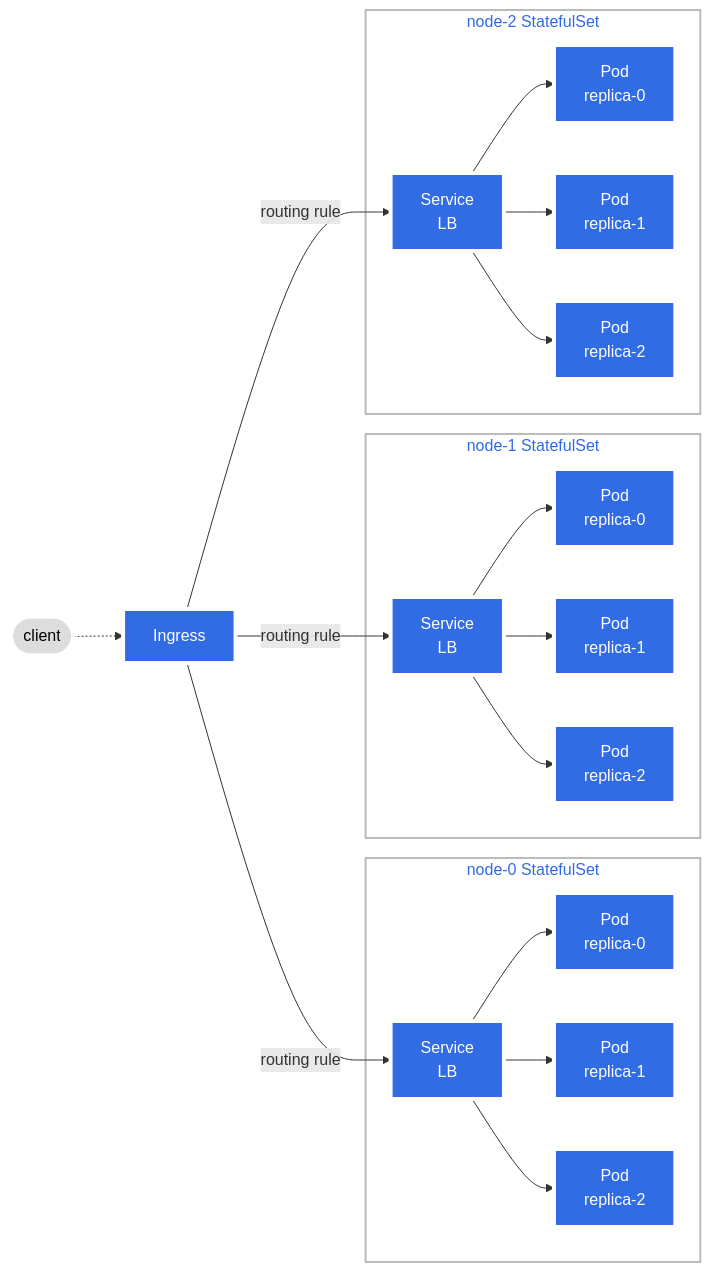
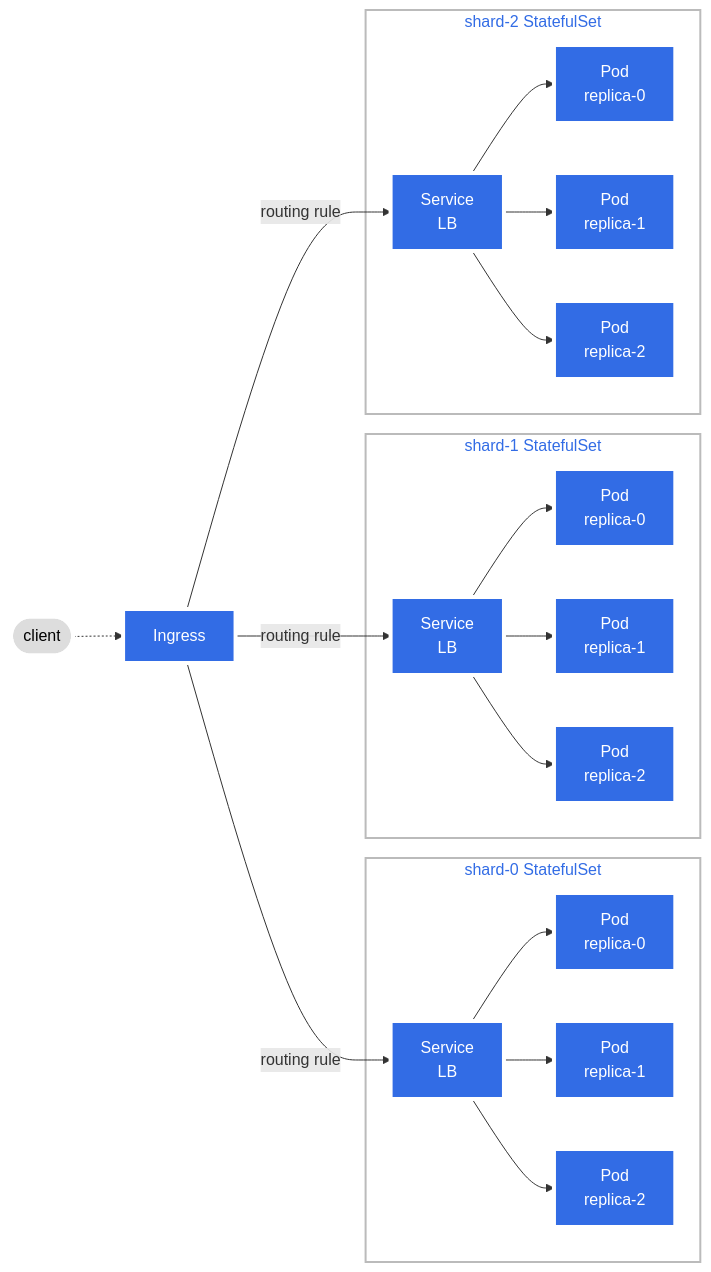
One commit to CaptainIRS/sharded-kvs changed the diagram in README.md. Above: the diagram before and after it, drawn with Mermaid. The commit also changed other lines of this file and 82 other files, not shown here.

````diff
--- a/README.md
+++ b/README.md
@@ -89,28 +89,28 @@
 ```mermaid
 graph LR;
  client([client]).->ingress[Ingress];
  ingress-->|routing rule|service0[Service<br>LB];
  ingress-->|routing rule|service1[Service<br>LB];
  ingress-->|routing rule|service2[Service<br>LB];
- subgraph node0[node-0 StatefulSet]
+ subgraph shard0[shard-0 StatefulSet]
  service0-->pod00[Pod<br>replica-0];
  service0-->pod01[Pod<br>replica-1];
  service0-->pod02[Pod<br>replica-2];
  end
- subgraph node1[node-1 StatefulSet]
+ subgraph shard1[shard-1 StatefulSet]
  service1-->pod10[Pod<br>replica-0];
  service1-->pod11[Pod<br>replica-1];
  service1-->pod12[Pod<br>replica-2];
  end
- subgraph node2[node-2 StatefulSet]
+ subgraph shard2[shard-2 StatefulSet]
  service2-->pod20[Pod<br>replica-0];
  service2-->pod21[Pod<br>replica-1];
  service2-->pod22[Pod<br>replica-2];
  end
  classDef plain fill:#ddd,stroke:#fff,stroke-width:4px,color:#000;
  classDef k8s fill:#326ce5,stroke:#fff,stroke-width:4px,color:#fff;
  classDef cluster fill:#fff,stroke:#bbb,stroke-width:2px,color:#326ce5;
  class ingress,service0,ingress1,service1,ingress2,service2,pod01,pod02,pod00,pod11,pod12,pod10,pod21,pod22,pod20 k8s;
  class client plain;
- class node0,node1,node2 cluster;
+ class shard0,shard1,shard2 cluster;
 ```
````
